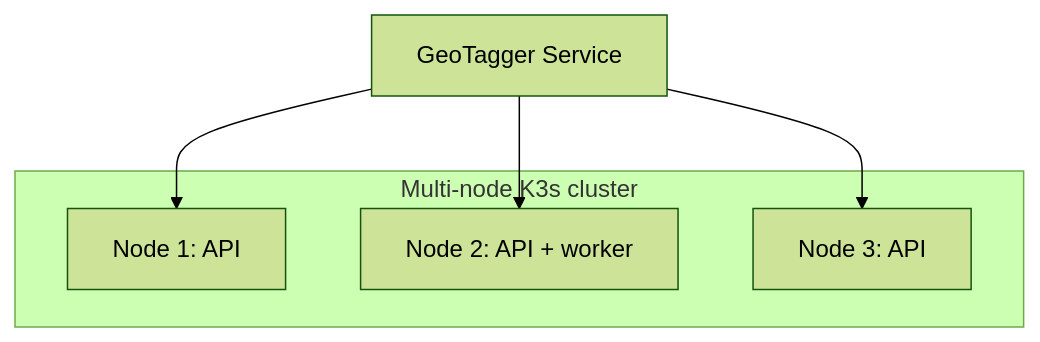
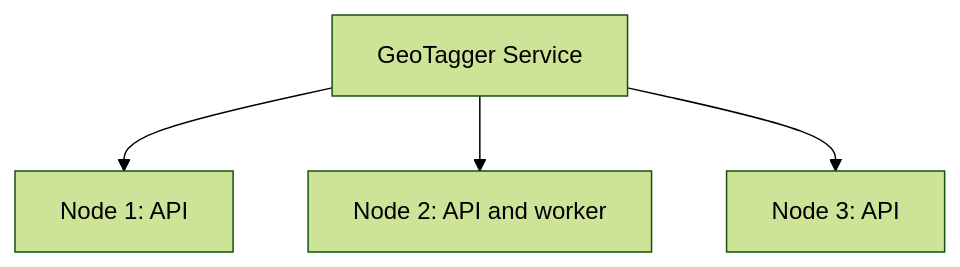
One commit to Jstarzz/geotagger changed the ninth of 9 diagrams in docs/PROJECT_OVERVIEW.md. Above: the diagram before and after it, drawn with Mermaid (forest theme). The commit also changed other lines of this file, not shown here.

Commit message:
docs: tighten project overview and sanitize diagrams

````diff
--- a/docs/PROJECT_OVERVIEW.md
+++ b/docs/PROJECT_OVERVIEW.md
@@ -933,12 +529,6 @@
 ```mermaid
 flowchart TB
-    SVC[GeoTagger Service]
-    subgraph CLUSTER[Multi-node K3s cluster]
-        N1[Node 1: API]
-        N2[Node 2: API + worker]
-        N3[Node 3: API]
-    end
-    SVC --> N1
-    SVC --> N2
-    SVC --> N3
+    SVC["GeoTagger Service"] --> N1["Node 1: API"]
+    SVC --> N2["Node 2: API and worker"]
+    SVC --> N3["Node 3: API"]
 ```
````
